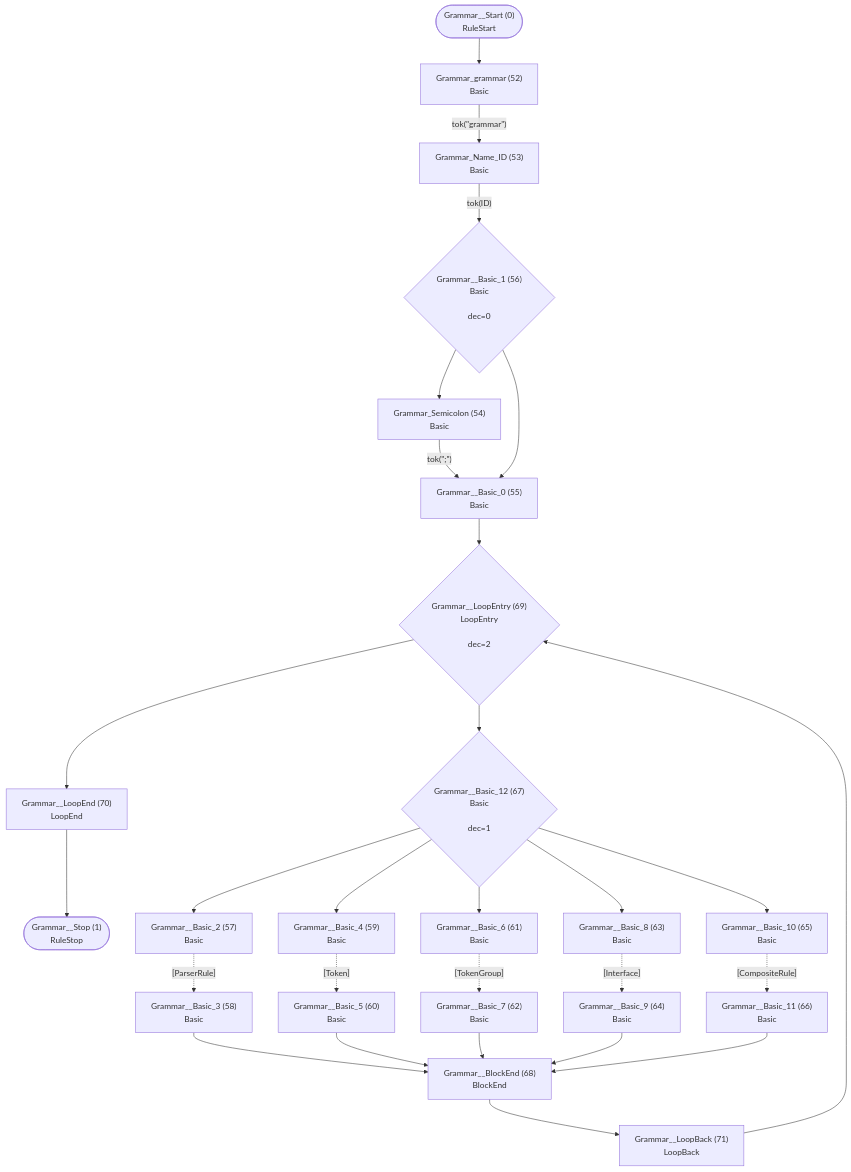
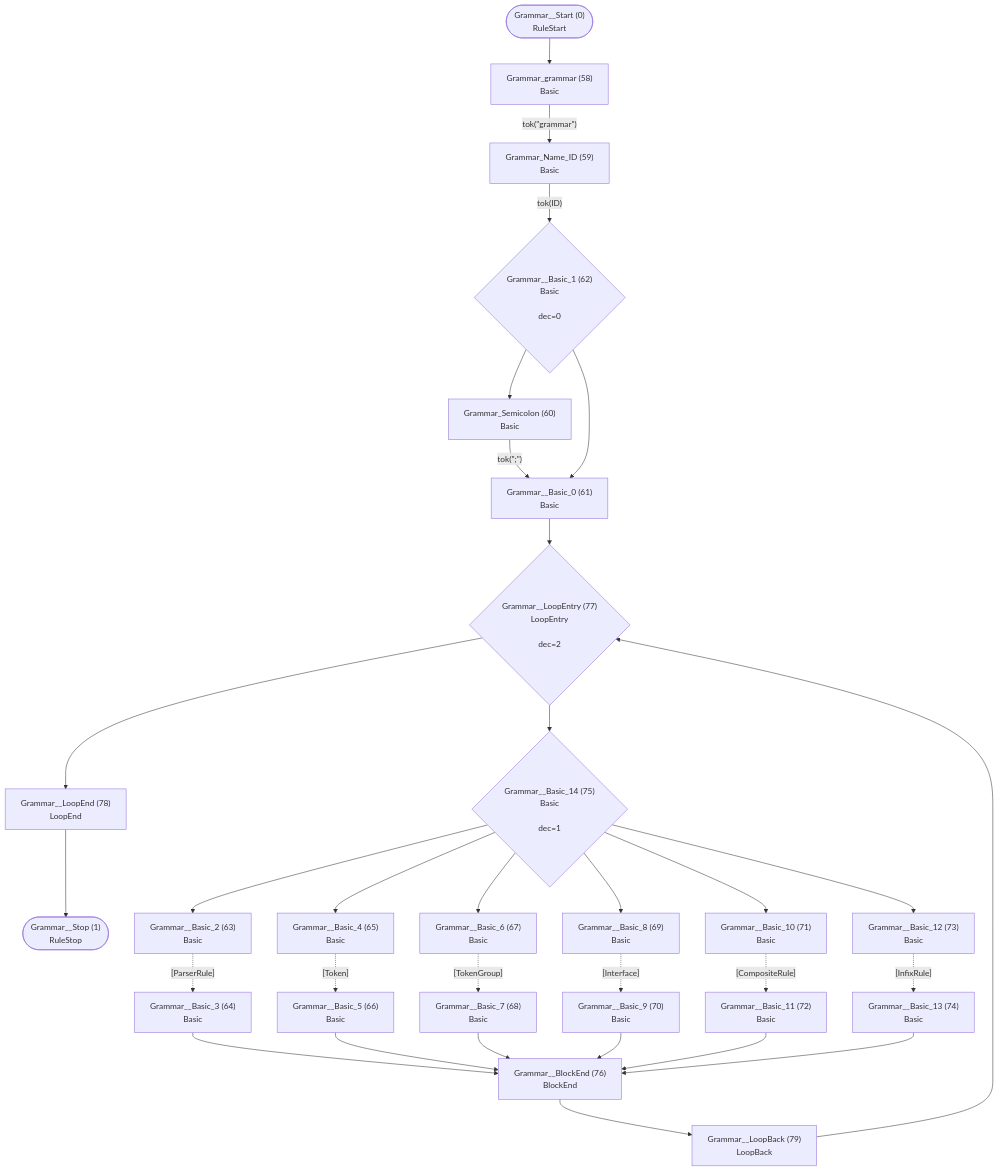
Before and after one commit to TypeFox/fastbelt: the first of 29 diagrams in internal/grammar/atn.md, drawn with Mermaid. The commit also changed other lines of this file and 41 other files, not shown here.

````diff
--- a/internal/grammar/atn.md
+++ b/internal/grammar/atn.md
@@ -5,53 +5,58 @@
 ```mermaid
 flowchart TD
     q0(["Grammar__Start (0)<br/>RuleStart"])
     q1(["Grammar__Stop (1)<br/>RuleStop"])
-    q52["Grammar_grammar (52)<br/>Basic<br/>"]
-    q53["Grammar_Name_ID (53)<br/>Basic<br/>"]
-    q54["Grammar_Semicolon (54)<br/>Basic<br/>"]
-    q55["Grammar__Basic_0 (55)<br/>Basic<br/>"]
-    q56{"Grammar__Basic_1 (56)<br/>Basic<br/><br/>dec=0"}
-    q57["Grammar__Basic_2 (57)<br/>Basic<br/>"]
-    q58["Grammar__Basic_3 (58)<br/>Basic<br/>"]
-    q59["Grammar__Basic_4 (59)<br/>Basic<br/>"]
-    q60["Grammar__Basic_5 (60)<br/>Basic<br/>"]
-    q61["Grammar__Basic_6 (61)<br/>Basic<br/>"]
-    q62["Grammar__Basic_7 (62)<br/>Basic<br/>"]
-    q63["Grammar__Basic_8 (63)<br/>Basic<br/>"]
-    q64["Grammar__Basic_9 (64)<br/>Basic<br/>"]
-    q65["Grammar__Basic_10 (65)<br/>Basic<br/>"]
-    q66["Grammar__Basic_11 (66)<br/>Basic<br/>"]
-    q67{"Grammar__Basic_12 (67)<br/>Basic<br/><br/>dec=1"}
-    q68["Grammar__BlockEnd (68)<br/>BlockEnd<br/>"]
-    q69{"Grammar__LoopEntry (69)<br/>LoopEntry<br/><br/>dec=2"}
-    q70["Grammar__LoopEnd (70)<br/>LoopEnd<br/>"]
-    q71["Grammar__LoopBack (71)<br/>LoopBack<br/>"]
+    q58["Grammar_grammar (58)<br/>Basic<br/>"]
+    q59["Grammar_Name_ID (59)<br/>Basic<br/>"]
+    q60["Grammar_Semicolon (60)<br/>Basic<br/>"]
+    q61["Grammar__Basic_0 (61)<br/>Basic<br/>"]
+    q62{"Grammar__Basic_1 (62)<br/>Basic<br/><br/>dec=0"}
+    q63["Grammar__Basic_2 (63)<br/>Basic<br/>"]
+    q64["Grammar__Basic_3 (64)<br/>Basic<br/>"]
+    q65["Grammar__Basic_4 (65)<br/>Basic<br/>"]
+    q66["Grammar__Basic_5 (66)<br/>Basic<br/>"]
+    q67["Grammar__Basic_6 (67)<br/>Basic<br/>"]
+    q68["Grammar__Basic_7 (68)<br/>Basic<br/>"]
+    q69["Grammar__Basic_8 (69)<br/>Basic<br/>"]
+    q70["Grammar__Basic_9 (70)<br/>Basic<br/>"]
+    q71["Grammar__Basic_10 (71)<br/>Basic<br/>"]
+    q72["Grammar__Basic_11 (72)<br/>Basic<br/>"]
+    q73["Grammar__Basic_12 (73)<br/>Basic<br/>"]
+    q74["Grammar__Basic_13 (74)<br/>Basic<br/>"]
+    q75{"Grammar__Basic_14 (75)<br/>Basic<br/><br/>dec=1"}
+    q76["Grammar__BlockEnd (76)<br/>BlockEnd<br/>"]
+    q77{"Grammar__LoopEntry (77)<br/>LoopEntry<br/><br/>dec=2"}
+    q78["Grammar__LoopEnd (78)<br/>LoopEnd<br/>"]
+    q79["Grammar__LoopBack (79)<br/>LoopBack<br/>"]
 
-    q0 --> q52
-    q52 -->|"tok(&quot;grammar&quot;)"| q53
-    q53 -->|"tok(ID)"| q56
-    q54 -->|"tok(&quot;;&quot;)"| q55
-    q55 --> q69
-    q56 --> q54
-    q56 --> q55
-    q57 -.->|"[ParserRule]"| q58
-    q58 --> q68
-    q59 -.->|"[Token]"| q60
-    q60 --> q68
-    q61 -.->|"[TokenGroup]"| q62
-    q62 --> q68
-    q63 -.->|"[Interface]"| q64
-    q64 --> q68
-    q65 -.->|"[CompositeRule]"| q66
-    q66 --> q68
-    q67 --> q57
-    q67 --> q59
-    q67 --> q61
-    q67 --> q63
-    q67 --> q65
-    q68 --> q71
-    q69 --> q67
-    q69 --> q70
-    q70 --> q1
-    q71 --> q69
+    q0 --> q58
+    q58 -->|"tok(&quot;grammar&quot;)"| q59
+    q59 -->|"tok(ID)"| q62
+    q60 -->|"tok(&quot;;&quot;)"| q61
+    q61 --> q77
+    q62 --> q60
+    q62 --> q61
+    q63 -.->|"[ParserRule]"| q64
+    q64 --> q76
+    q65 -.->|"[Token]"| q66
+    q66 --> q76
+    q67 -.->|"[TokenGroup]"| q68
+    q68 --> q76
+    q69 -.->|"[Interface]"| q70
+    q70 --> q76
+    q71 -.->|"[CompositeRule]"| q72
+    q72 --> q76
+    q73 -.->|"[InfixRule]"| q74
+    q74 --> q76
+    q75 --> q63
+    q75 --> q65
+    q75 --> q67
+    q75 --> q69
+    q75 --> q71
+    q75 --> q73
+    q76 --> q79
+    q77 --> q75
+    q77 --> q78
+    q78 --> q1
+    q79 --> q77
 ```
````
